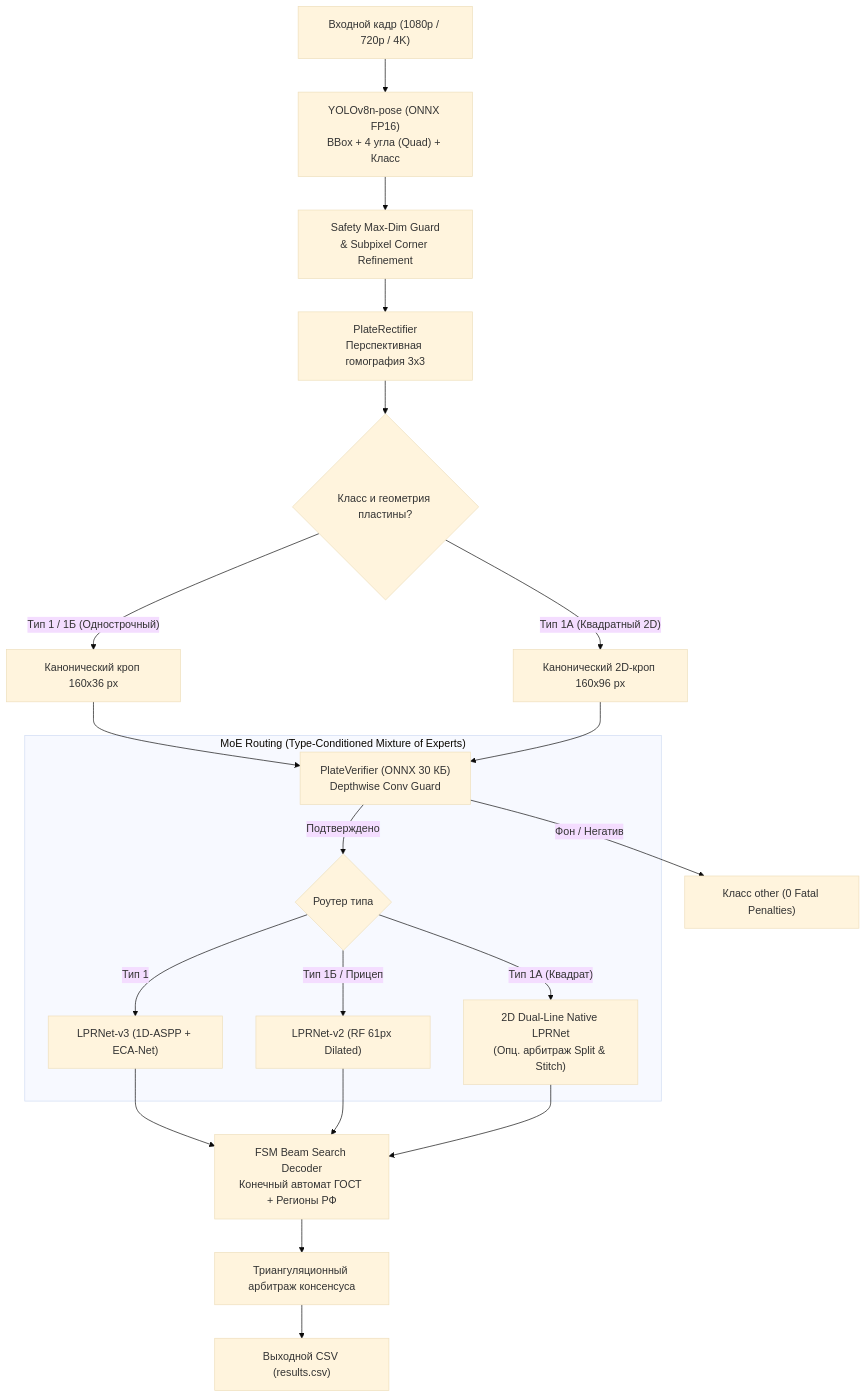
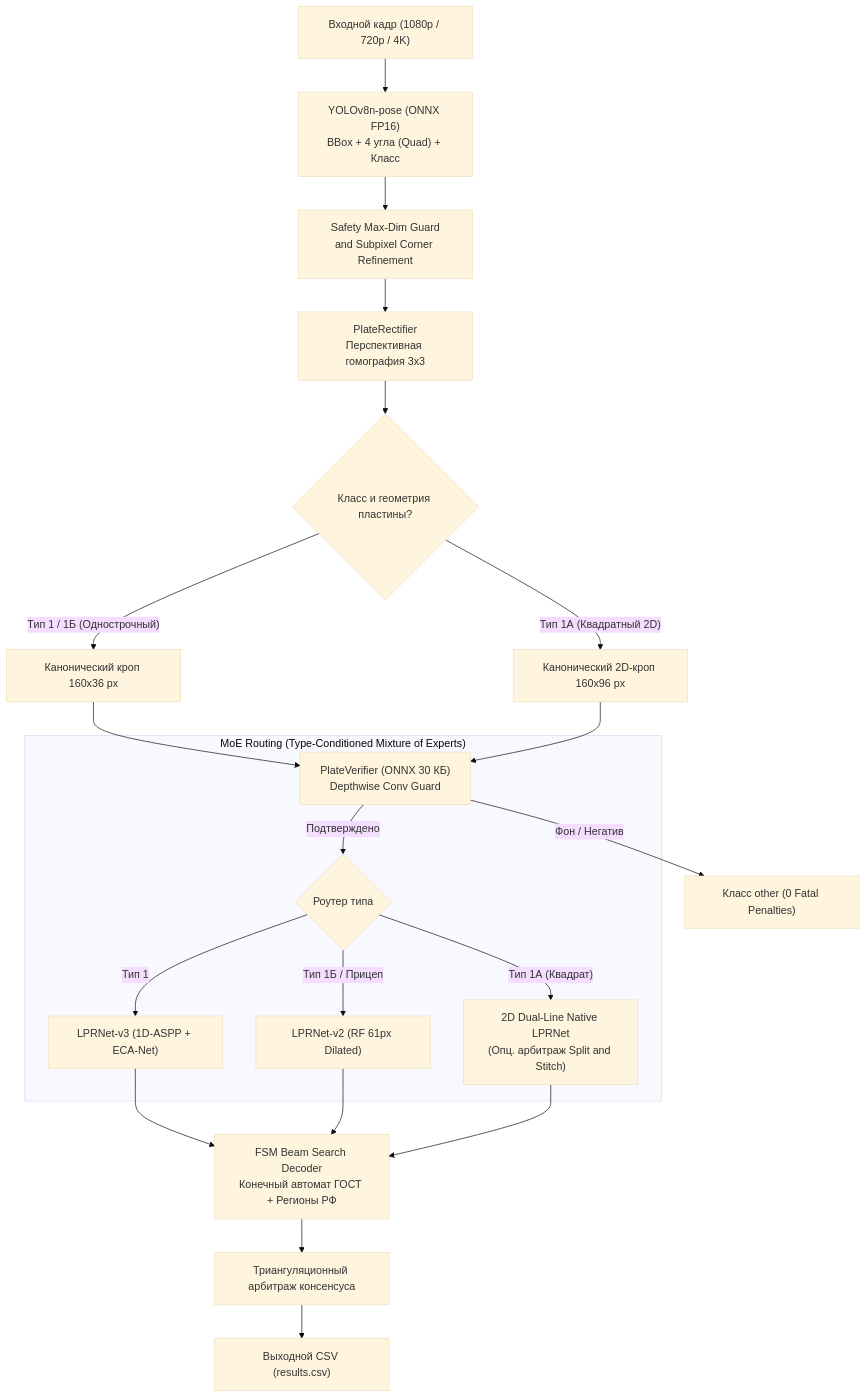
The diagram in README.md (Vamsilver/OmniPlate-RU), drawn with Mermaid (base theme) before and after one commit. The commit also changed other lines of this file and 24 other files, not shown here.

Commit message:
docs(submission): record solo author Vasiliev R.A., update submission letter and fix mermaid diagrams syntax

````diff
--- a/README.md
+++ b/README.md
@@ -32,29 +35,29 @@
 ```mermaid
 flowchart TD
     A["Входной кадр (1080p / 720p / 4K)"] --> B["YOLOv8n-pose (ONNX FP16)<br/>BBox + 4 угла (Quad) + Класс"]
-    B --> C["Safety Max-Dim Guard<br/>& Subpixel Corner Refinement"]
+    B --> C["Safety Max-Dim Guard<br/>and Subpixel Corner Refinement"]
     C --> D["PlateRectifier<br/>Перспективная гомография 3x3"]
     
     D --> E{"Класс и геометрия пластины?"}
     E -->|"Тип 1 / 1Б (Однострочный)"| F["Канонический кроп 160x36 px"]
     E -->|"Тип 1А (Квадратный 2D)"| G["Канонический 2D-кроп 160x96 px"]
     
     F --> V["PlateVerifier (ONNX 30 КБ)<br/>Depthwise Conv Guard"]
     G --> V
     
     V -->|"Фон / Негатив"| J1["Класс other (0 Fatal Penalties)"]
     
     subgraph MoE["MoE Routing (Type-Conditioned Mixture of Experts)"]
         V -->|"Подтверждено"| R{"Роутер типа"}
         R -->|"Тип 1"| H1["LPRNet-v3 (1D-ASPP + ECA-Net)"]
         R -->|"Тип 1Б / Прицеп"| H2["LPRNet-v2 (RF 61px Dilated)"]
-        R -->|"Тип 1А (Квадрат)"| H3["2D Dual-Line Native LPRNet<br/>(Опц. арбитраж Split & Stitch)"]
+        R -->|"Тип 1А (Квадрат)"| H3["2D Dual-Line Native LPRNet<br/>(Опц. арбитраж Split and Stitch)"]
     end
     
     H1 --> I["FSM Beam Search Decoder<br/>Конечный автомат ГОСТ + Регионы РФ"]
     H2 --> I
     H3 --> I
     
     I --> K["Триангуляционный арбитраж консенсуса"]
     K --> J2["Выходной CSV (results.csv)"]
 ```
````
